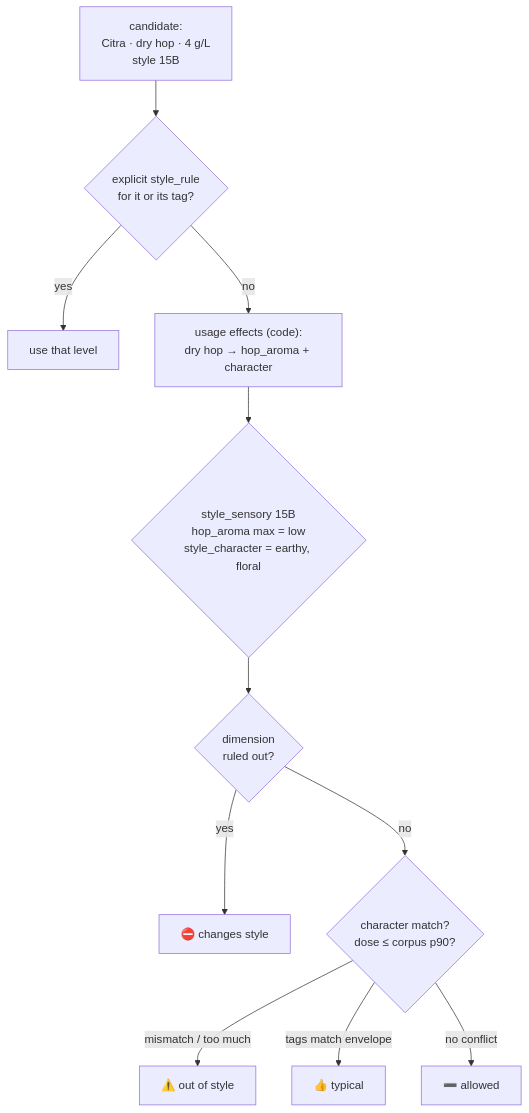
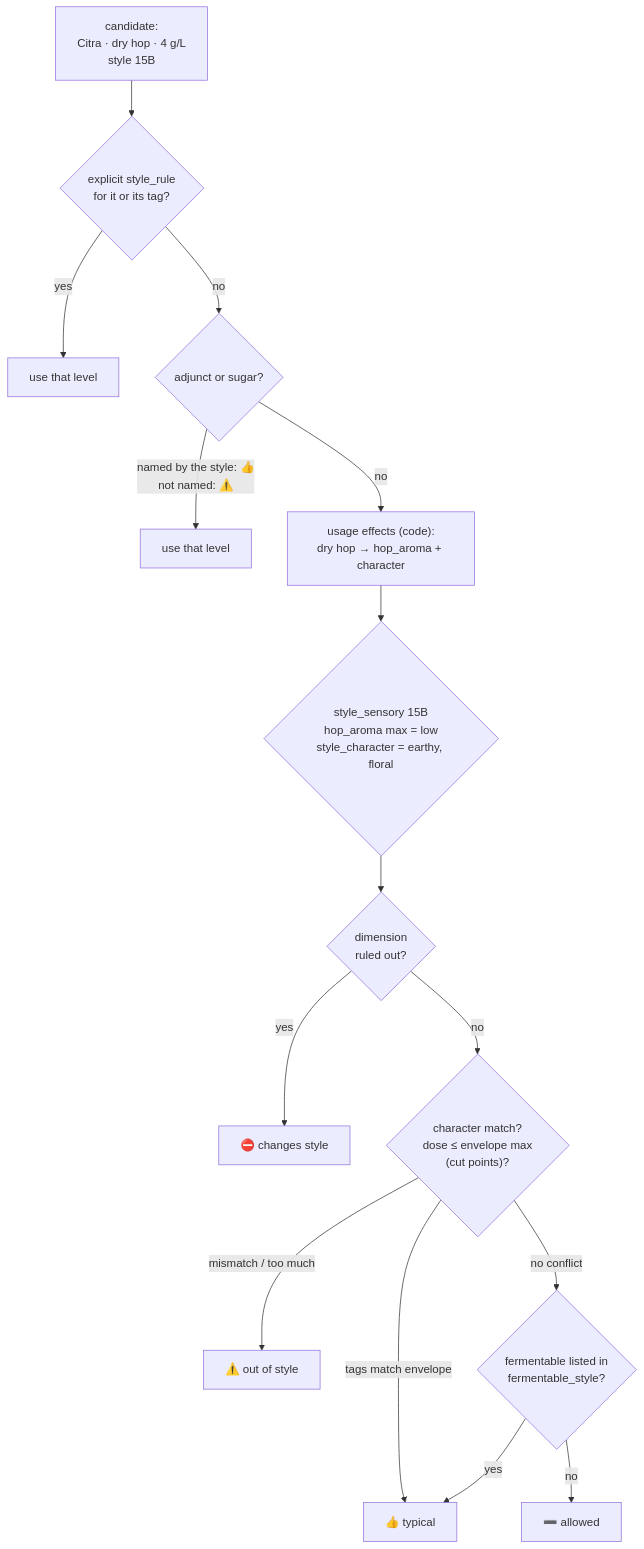
The third of 4 diagrams in docs/DATABASE.md (badacsonyigorenyember/homebrew_ai), drawn with Mermaid before and after one commit. The commit also changed other lines of this file and 5 other files, not shown here.

````diff
--- a/docs/DATABASE.md
+++ b/docs/DATABASE.md
@@ -236,13 +236,17 @@
 ```mermaid
 flowchart TD
     A["candidate:<br/>Citra · dry hop · 4 g/L<br/>style 15B"] --> B{"explicit style_rule<br/>for it or its tag?"}
     B -- yes --> Z["use that level"]
-    B -- no --> C["usage effects (code):<br/>dry hop → hop_aroma + character"]
+    B -- no --> B2{"adjunct or sugar?"}
+    B2 -- "named by the style: 👍<br/>not named: ⚠️" --> Z2["use that level"]
+    B2 -- no --> C["usage effects (code):<br/>dry hop → hop_aroma + character"]
     C --> D{"style_sensory 15B<br/>hop_aroma max = low<br/>style_character = earthy, floral"}
     D --> E{"dimension<br/>ruled out?"}
     E -- yes --> F["⛔ changes style"]
-    E -- no --> G{"character match?<br/>dose ≤ corpus p90?"}
+    E -- no --> G{"character match?<br/>dose ≤ envelope max<br/>(cut points)?"}
     G -- "mismatch / too much" --> H["⚠️ out of style"]
     G -- "tags match envelope" --> I["👍 typical"]
-    G -- "no conflict" --> J["➖ allowed"]
+    G -- "no conflict" --> K{"fermentable listed in<br/>fermentable_style?"}
+    K -- yes --> I
+    K -- no --> J["➖ allowed"]
 ```
````
